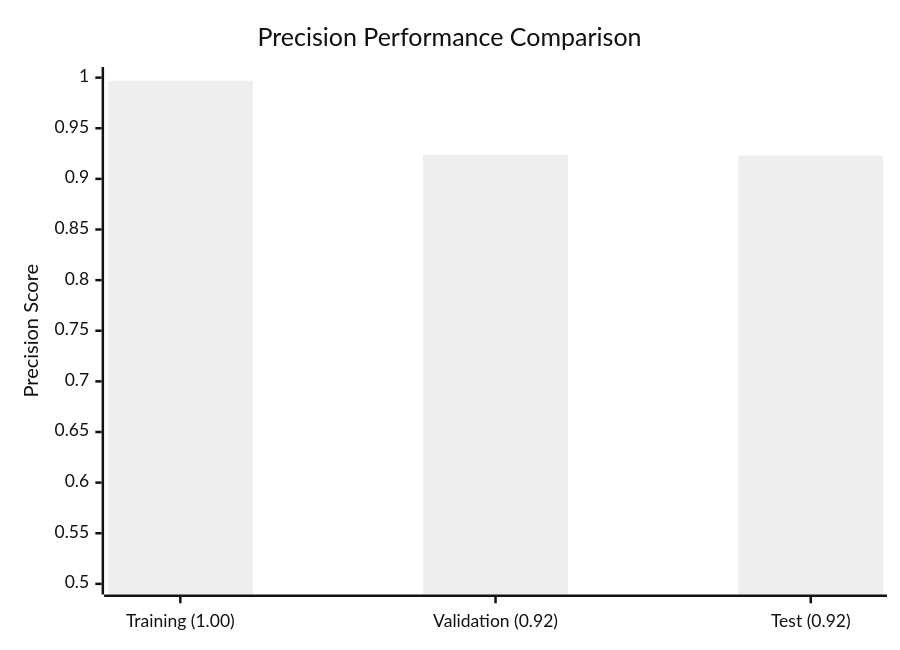
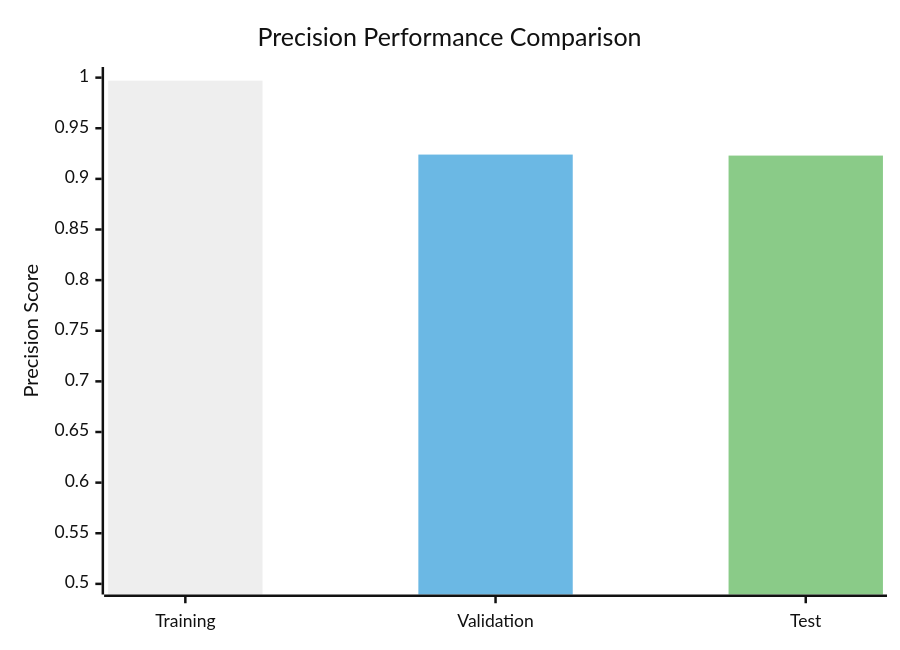
Before and after one commit to Daniel-Lachner-Piza/EEG_Characterizer_HFO: the third of 5 diagrams in README.md, drawn with Mermaid (neutral theme). The commit also changed other lines of this file, not shown here.

````diff
--- a/README.md
+++ b/README.md
@@ -60,7 +64,9 @@
 ```mermaid
 xychart-beta
     title "Precision Performance Comparison"
-    x-axis ["Training (1.00)", "Validation (0.92)", "Test (0.92)"]
+    x-axis [Training, Validation, Test]
     y-axis "Precision Score" 0.5 --> 1.0
-    bar [0.997, 0.924, 0.923]
+    bar "Training (1.00)" [0.997, 0, 0]
+    bar "Validation (0.92)" [0, 0.924, 0]
+    bar "Test (0.92)" [0, 0, 0.923]
 ```
````
